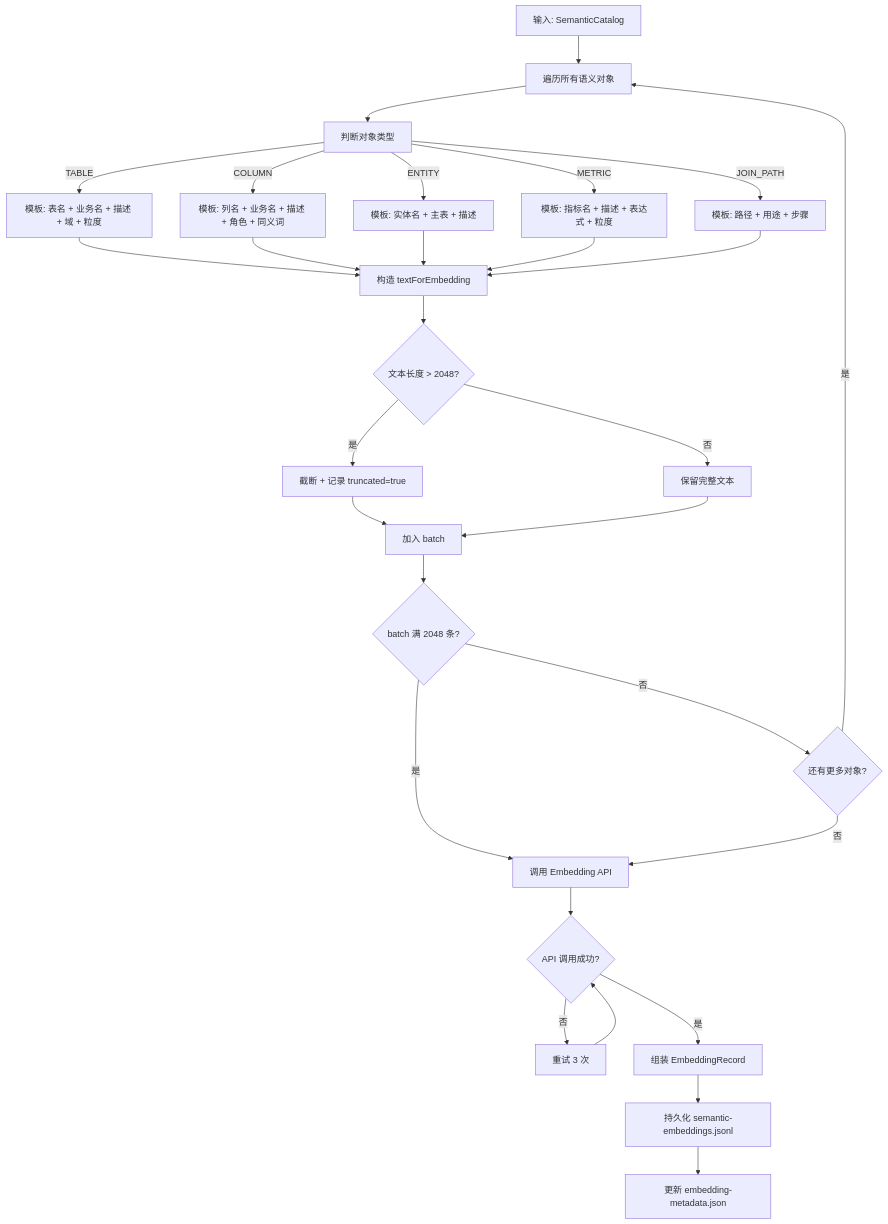
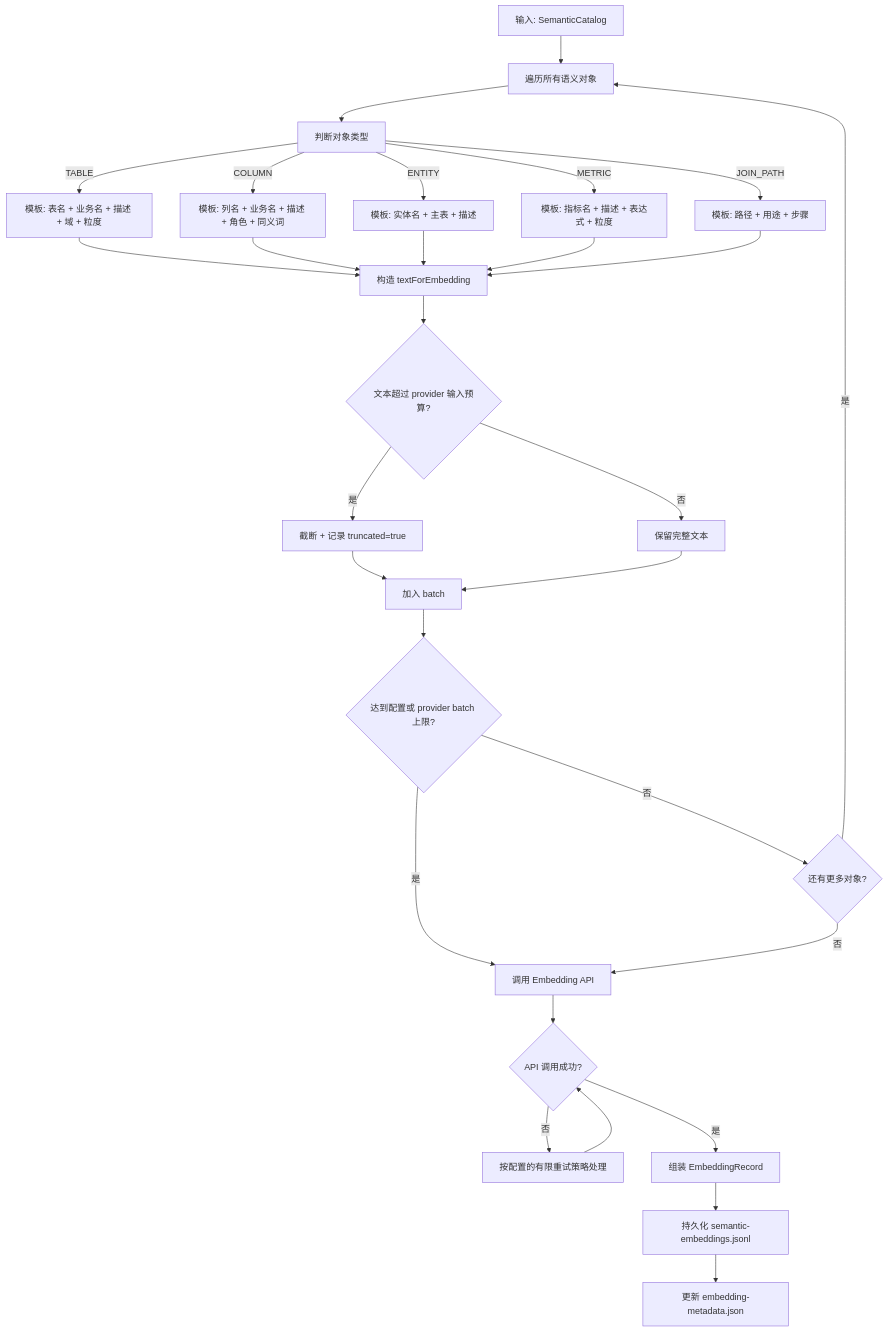
The first of 4 diagrams in docs/design/semantic-layer/06-embedding-indexer.md (xiaoguang/relation-detector), drawn with Mermaid before and after one commit. The commit also changed other lines of this file and 21 other files, not shown here.

````diff
--- a/docs/design/semantic-layer/06-embedding-indexer.md
+++ b/docs/design/semantic-layer/06-embedding-indexer.md
@@ -59,31 +59,31 @@
 ```mermaid
 flowchart TD
     A[输入: SemanticCatalog] --> B[遍历所有语义对象]
     B --> C[判断对象类型]
     C -- TABLE --> D1[模板: 表名 + 业务名 + 描述 + 域 + 粒度]
     C -- COLUMN --> D2[模板: 列名 + 业务名 + 描述 + 角色 + 同义词]
     C -- ENTITY --> D3[模板: 实体名 + 主表 + 描述]
     C -- METRIC --> D4[模板: 指标名 + 描述 + 表达式 + 粒度]
     C -- JOIN_PATH --> D5[模板: 路径 + 用途 + 步骤]
     D1 --> E[构造 textForEmbedding]
     D2 --> E
     D3 --> E
     D4 --> E
     D5 --> E
-    E --> F{文本长度 > 2048?}
+    E --> F{文本超过 provider 输入预算?}
     F -- 是 --> G[截断 + 记录 truncated=true]
     F -- 否 --> H[保留完整文本]
     G --> I[加入 batch]
     H --> I
-    I --> J{batch 满 2048 条?}
+    I --> J{达到配置或 provider batch 上限?}
     J -- 是 --> K[调用 Embedding API]
     J -- 否 --> L{还有更多对象?}
     L -- 是 --> B
     L -- 否 --> K
     K --> M{API 调用成功?}
-    M -- 否 --> N[重试 3 次]
+    M -- 否 --> N[按配置的有限重试策略处理]
     N --> M
     M -- 是 --> O[组装 EmbeddingRecord]
     O --> P[持久化 semantic-embeddings.jsonl]
     P --> Q[更新 embedding-metadata.json]
 ```
````
